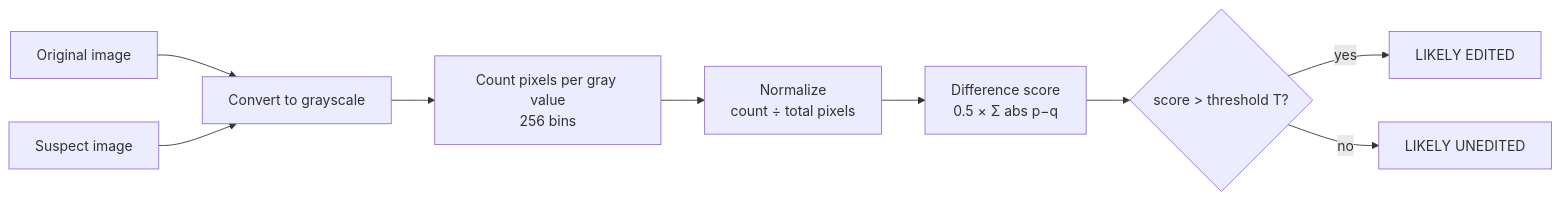
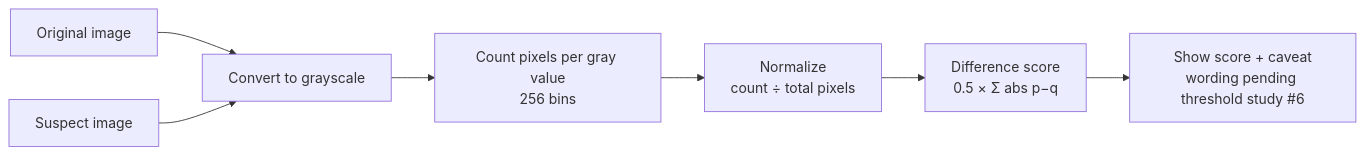
The first of 5 diagrams in docs/ARCHITECTURE.md (satvikp-coder/CSC360-Group2), drawn with Mermaid before and after one commit. The commit also changed other lines of this file and 2 other files, not shown here.

First line of the commit message:
docs: remove verdict/threshold claims from ARCHITECTURE.md (#17)

````diff
--- a/docs/ARCHITECTURE.md
+++ b/docs/ARCHITECTURE.md
@@ -11,11 +11,9 @@
 ```mermaid
 flowchart LR
     A[Original image] --> C[Convert to grayscale]
     B[Suspect image] --> C
     C --> D[Count pixels per gray value<br/>256 bins]
     D --> E[Normalize<br/>count ÷ total pixels]
     E --> F[Difference score<br/>0.5 × Σ abs p−q]
-    F --> G{score > threshold T?}
-    G -- yes --> H[LIKELY EDITED]
-    G -- no --> I[LIKELY UNEDITED]
+    F --> G[Show score + caveat<br/>wording pending threshold study #6]
 ```
````
